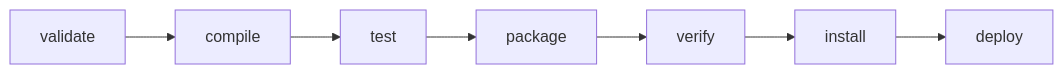
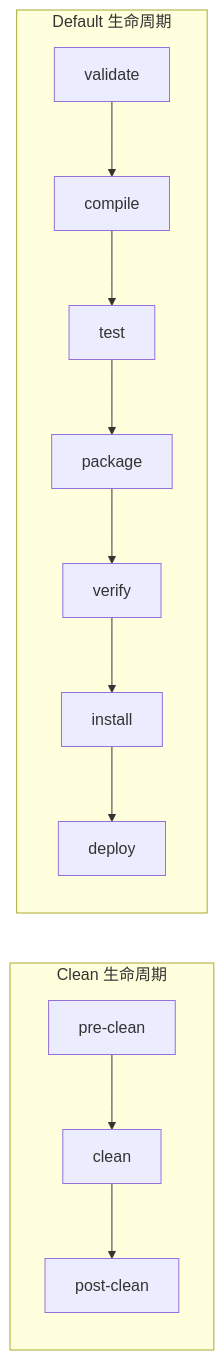
The diagram in docs/programming-languages/java/maven/lifecycle-and-plugins.md (zeevenn/notes), drawn with Mermaid before and after one commit. The commit also changed other lines of this file and 6 other files, not shown here.

````diff
--- a/docs/programming-languages/java/maven/lifecycle-and-plugins.md
+++ b/docs/programming-languages/java/maven/lifecycle-and-plugins.md
@@ -27,9 +29,16 @@
 ```mermaid
 flowchart LR
-    V[validate] --> C[compile]
-    C --> T[test]
-    T --> P[package]
-    P --> VE[verify]
-    VE --> I[install]
-    I --> D[deploy]
+    subgraph cleanLifecycle[Clean 生命周期]
+        PC[pre-clean] --> CL[clean]
+        CL --> POC[post-clean]
+    end
+
+    subgraph defaultLifecycle[Default 生命周期]
+        V[validate] --> C[compile]
+        C --> T[test]
+        T --> P[package]
+        P --> VE[verify]
+        VE --> I[install]
+        I --> D[deploy]
+    end
 ```
````
